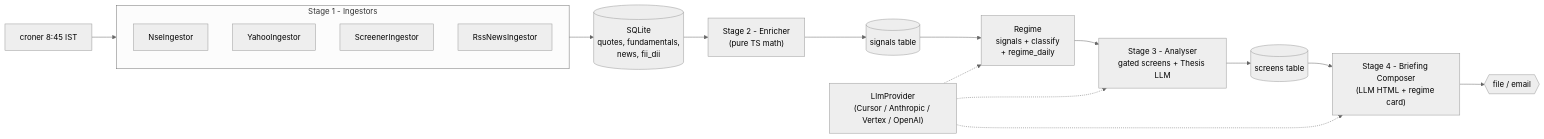
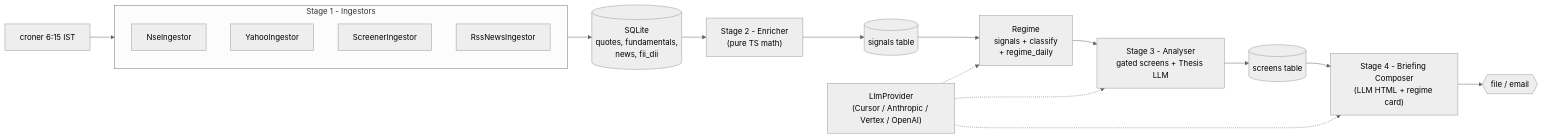
Before and after one commit to Shubhamjain2908/market-pulse-AI: the diagram in README.md, drawn with Mermaid (neutral theme). The commit also changed other lines of this file and 5 other files, not shown here.

````diff
--- a/README.md
+++ b/README.md
@@ -96,21 +96,21 @@
 ```mermaid
 flowchart LR
-    Cron["croner 8:45 IST"] --> Ingest
+    Cron["croner 6:15 IST"] --> Ingest
     subgraph Ingest [Stage 1 - Ingestors]
         NSE[NseIngestor]
         Yahoo[YahooIngestor]
         Screener[ScreenerIngestor]
         RSS[RssNewsIngestor]
     end
     Ingest --> DB[("SQLite<br/>quotes, fundamentals,<br/>news, fii_dii")]
     DB --> Enrich["Stage 2 - Enricher<br/>(pure TS math)"]
     Enrich --> SignalsDB[("signals table")]
     SignalsDB --> Regime["Regime<br/>signals + classify<br/>+ regime_daily"]
     Regime --> Analyse["Stage 3 - Analyser<br/>gated screens + Thesis LLM"]
     Analyse --> ScreensDB[("screens table")]
     ScreensDB --> Brief["Stage 4 - Briefing Composer<br/>(LLM HTML + regime card)"]
     Brief --> Deliver{{"file / email"}}
     LlmAbstraction["LlmProvider<br/>(Cursor / Anthropic / Vertex / OpenAI)"] -.-> Regime
     LlmAbstraction -.-> Analyse
     LlmAbstraction -.-> Brief
 ```
````
